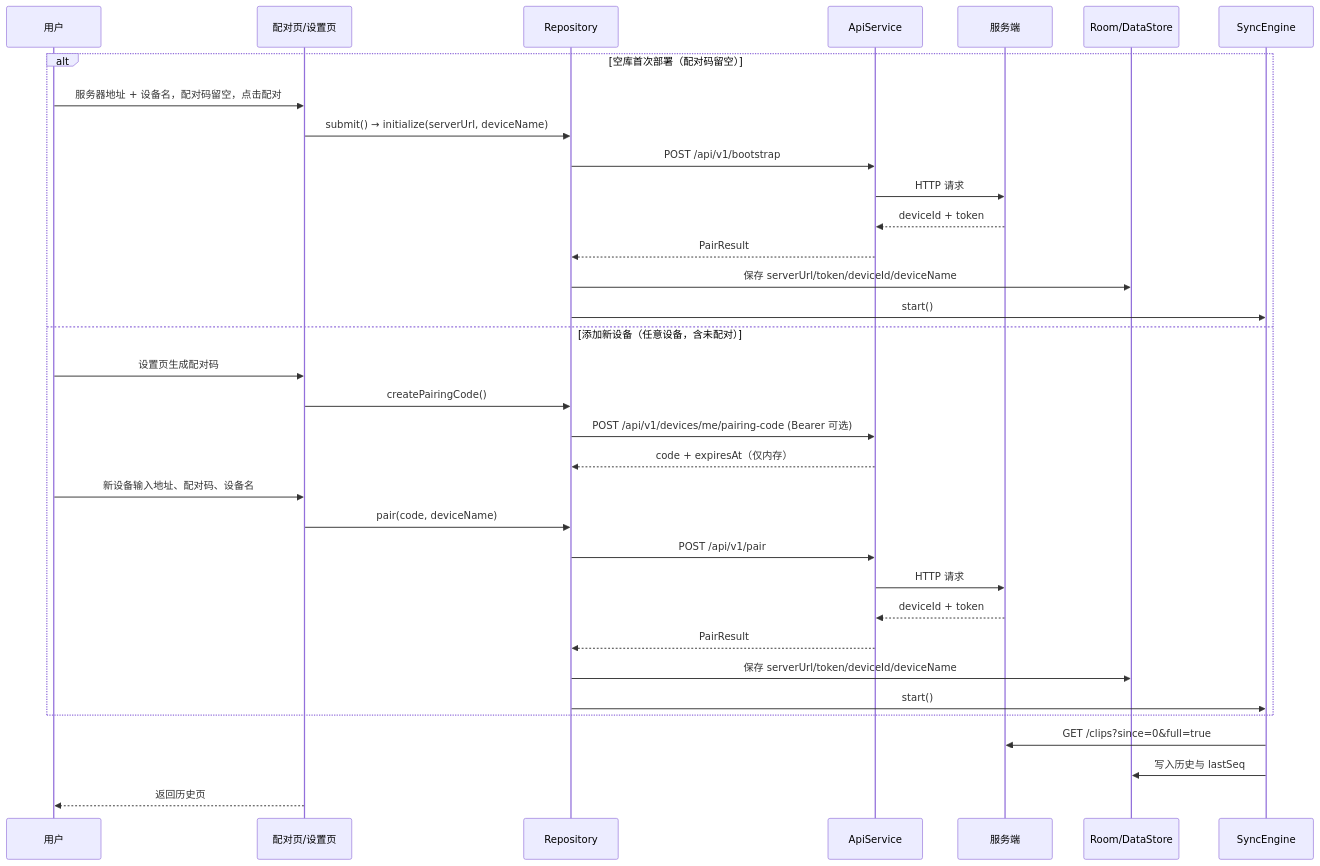
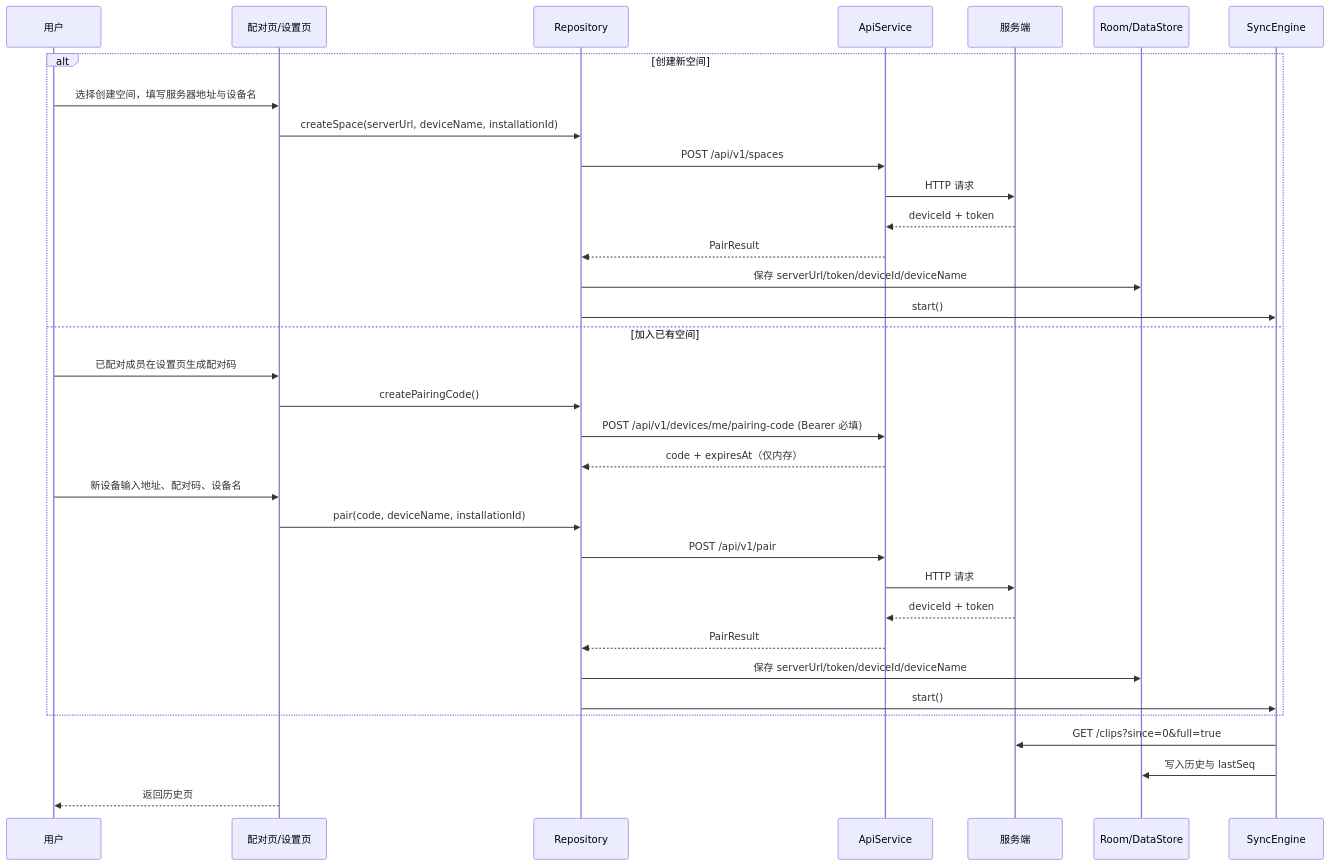
One commit to xingfengwxx/Clipbox changed the fourth of 14 diagrams in docs/客户端技术架构.md. Above: the diagram before and after it, drawn with Mermaid. The commit also changed other lines of this file and 9 other files, not shown here.

````diff
--- a/docs/客户端技术架构.md
+++ b/docs/客户端技术架构.md
@@ -829,37 +844,37 @@
 ```mermaid
 sequenceDiagram
     participant U as 用户
     participant UI as 配对页/设置页
     participant R as Repository
     participant A as ApiService
     participant S as 服务端
     participant DB as Room/DataStore
     participant Sync as SyncEngine
 
-    alt 空库首次部署（配对码留空）
-        U->>UI: 服务器地址 + 设备名，配对码留空，点击配对
-        UI->>R: submit() → initialize(serverUrl, deviceName)
-        R->>A: POST /api/v1/bootstrap
+    alt 创建新空间
+        U->>UI: 选择创建空间，填写服务器地址与设备名
+        UI->>R: createSpace(serverUrl, deviceName, installationId)
+        R->>A: POST /api/v1/spaces
         A->>S: HTTP 请求
         S-->>A: deviceId + token
         A-->>R: PairResult
         R->>DB: 保存 serverUrl/token/deviceId/deviceName
         R->>Sync: start()
-    else 添加新设备（任意设备，含未配对）
-        U->>UI: 设置页生成配对码
+    else 加入已有空间
+        U->>UI: 已配对成员在设置页生成配对码
         UI->>R: createPairingCode()
-        R->>A: POST /api/v1/devices/me/pairing-code (Bearer 可选)
+        R->>A: POST /api/v1/devices/me/pairing-code (Bearer 必填)
         A-->>R: code + expiresAt（仅内存）
         U->>UI: 新设备输入地址、配对码、设备名
-        UI->>R: pair(code, deviceName)
+        UI->>R: pair(code, deviceName, installationId)
         R->>A: POST /api/v1/pair
         A->>S: HTTP 请求
         S-->>A: deviceId + token
         A-->>R: PairResult
         R->>DB: 保存 serverUrl/token/deviceId/deviceName
         R->>Sync: start()
     end
     Sync->>S: GET /clips?since=0&full=true
     Sync->>DB: 写入历史与 lastSeq
     UI-->>U: 返回历史页
 ```
````
